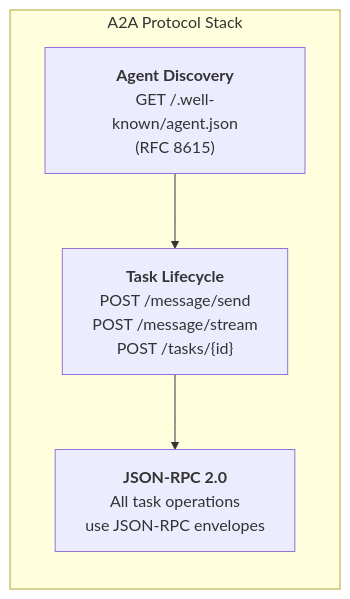
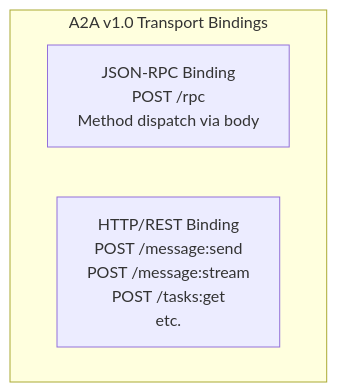
Before and after one commit to carlosfrias/pi-a2a-communication: the third of 4 diagrams in wiki/A2A-v1-Conformance-Report.md, drawn with Mermaid. The commit also changed other lines of this file and 7 other files, not shown here.

````diff
--- a/wiki/A2A-v1-Conformance-Report.md
+++ b/wiki/A2A-v1-Conformance-Report.md
@@ -34,9 +108,7 @@
 ```mermaid
-graph LR
-    subgraph "A2A Protocol Stack"
-        D["<b>Agent Discovery</b><br/>GET /.well-known/agent.json<br/>(RFC 8615)"]
-        T["<b>Task Lifecycle</b><br/>POST /message/send<br/>POST /message/stream<br/>POST /tasks/{id}"]
-        J["<b>JSON-RPC 2.0</b><br/>All task operations<br/>use JSON-RPC envelopes"]
+graph TD
+    subgraph "A2A v1.0 Transport Bindings"
+        A["JSON-RPC Binding<br/>POST /rpc<br/>Method dispatch via body"]
+        B["HTTP/REST Binding<br/>POST /message:send<br/>POST /message:stream<br/>POST /tasks:get<br/>etc."]
     end
-    D --> T --> J
 ```
````
